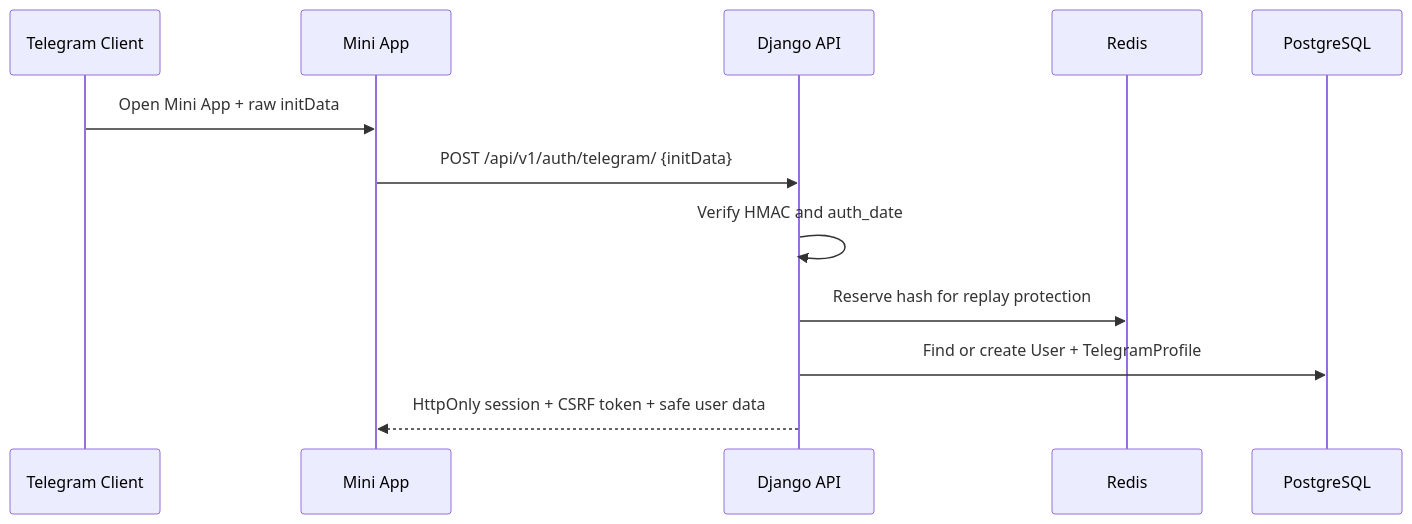
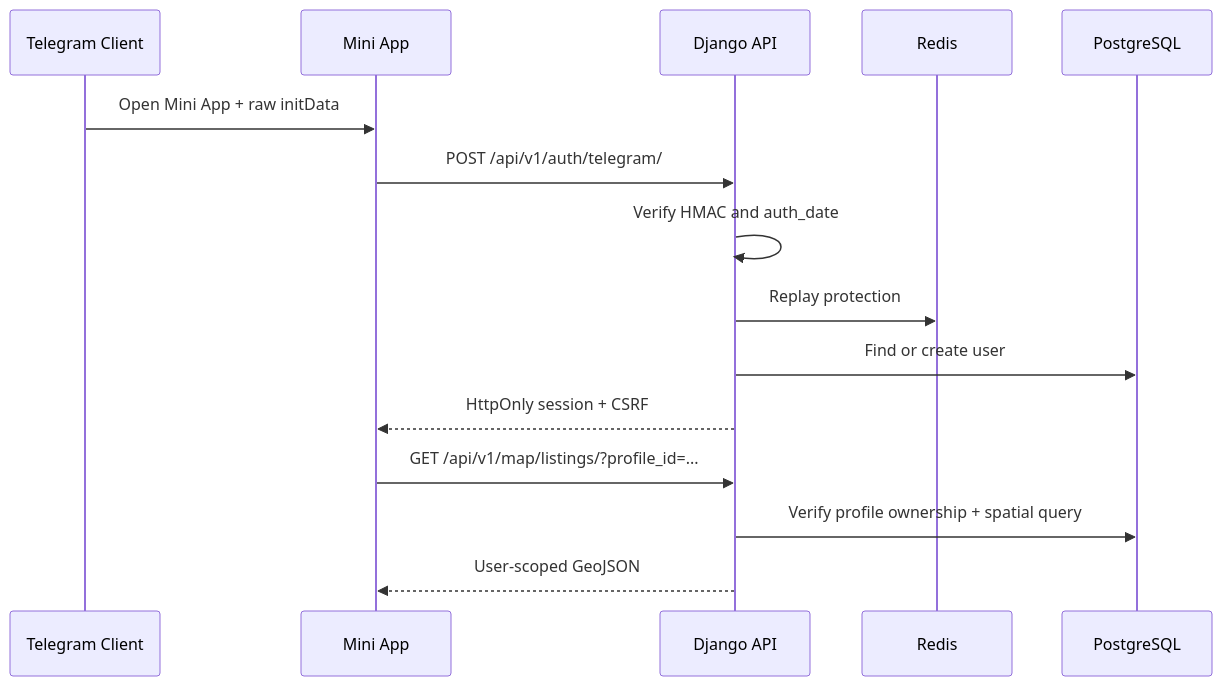
One commit to Ke1fosao/FlatHunter-AI changed the third of 3 diagrams in docs/architecture.md. Above: the diagram before and after it, drawn with Mermaid. The commit also changed other lines of this file, not shown here.

Commit message:
docs: update architecture through Stage 6

````diff
--- a/docs/architecture.md
+++ b/docs/architecture.md
@@ -55,15 +113,18 @@
 ```mermaid
 sequenceDiagram
     participant T as Telegram Client
     participant M as Mini App
     participant A as Django API
     participant R as Redis
     participant D as PostgreSQL
 
     T->>M: Open Mini App + raw initData
-    M->>A: POST /api/v1/auth/telegram/ {initData}
+    M->>A: POST /api/v1/auth/telegram/
     A->>A: Verify HMAC and auth_date
-    A->>R: Reserve hash for replay protection
-    A->>D: Find or create User + TelegramProfile
-    A-->>M: HttpOnly session + CSRF token + safe user data
+    A->>R: Replay protection
+    A->>D: Find or create user
+    A-->>M: HttpOnly session + CSRF
+    M->>A: GET /api/v1/map/listings/?profile_id=...
+    A->>D: Verify profile ownership + spatial query
+    A-->>M: User-scoped GeoJSON
 ```
````
